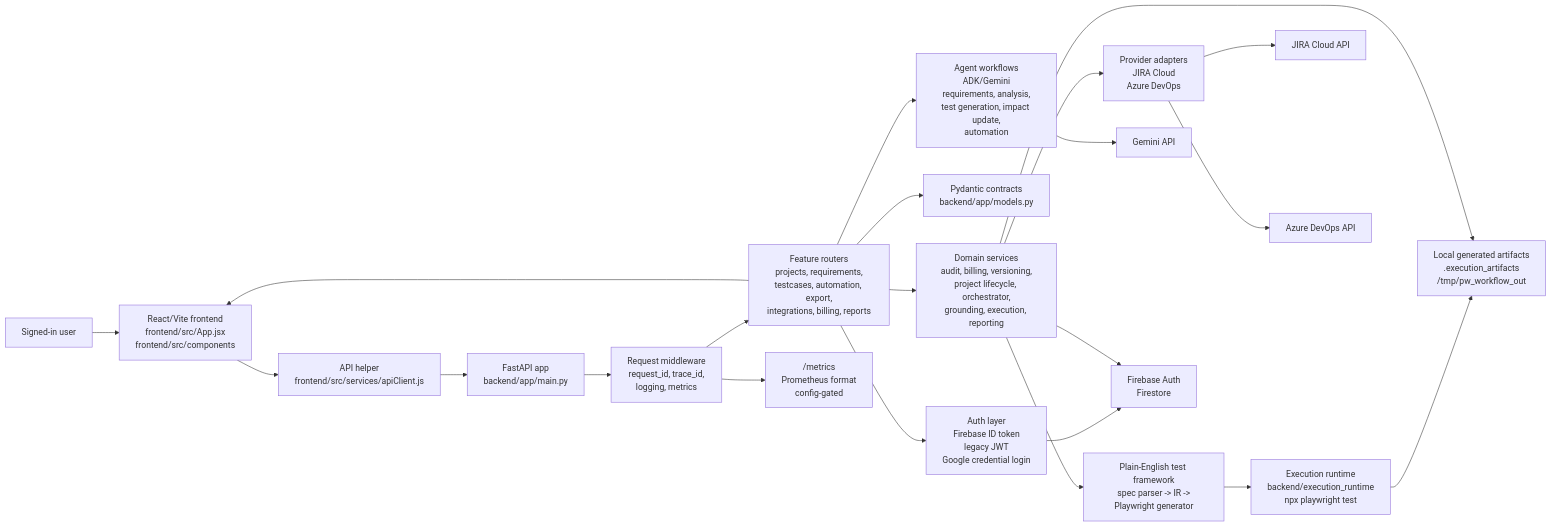
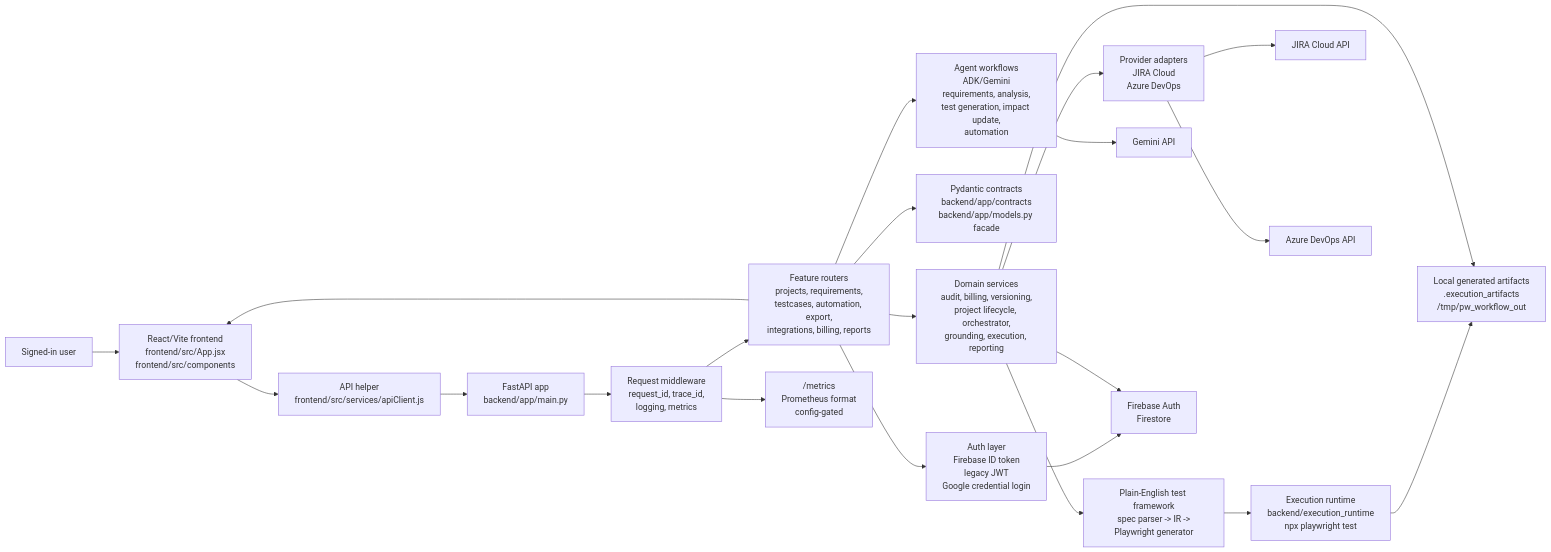
The diagram in docs/codebase/ARCHITECTURE.md (lumensparkxy/agentic_test_case_generator), drawn with Mermaid before and after one commit. The commit also changed other lines of this file and 21 other files, not shown here.

First line of the commit message:
Split Pydantic contracts by domain (#105)

````diff
--- a/docs/codebase/ARCHITECTURE.md
+++ b/docs/codebase/ARCHITECTURE.md
@@ -42,49 +43,49 @@
 ```mermaid
 flowchart LR
     user["Signed-in user"]
     browser["React/Vite frontend\nfrontend/src/App.jsx\nfrontend/src/components"]
     apiClient["API helper\nfrontend/src/services/apiClient.js"]
 
     app["FastAPI app\nbackend/app/main.py"]
     middleware["Request middleware\nrequest_id, trace_id,\nlogging, metrics"]
     routers["Feature routers\nprojects, requirements,\ntestcases, automation, export,\nintegrations, billing, reports"]
     auth["Auth layer\nFirebase ID token\nlegacy JWT\nGoogle credential login"]
-    models["Pydantic contracts\nbackend/app/models.py"]
+    models["Pydantic contracts\nbackend/app/contracts\nbackend/app/models.py facade"]
 
     agents["Agent workflows\nADK/Gemini\nrequirements, analysis,\ntest generation, impact update,\nautomation"]
     services["Domain services\naudit, billing, versioning,\nproject lifecycle, orchestrator,\ngrounding, execution, reporting"]
     adapters["Provider adapters\nJIRA Cloud\nAzure DevOps"]
     petf["Plain-English test framework\nspec parser -> IR ->\nPlaywright generator"]
     runtime["Execution runtime\nbackend/execution_runtime\nnpx playwright test"]
 
     gemini["Gemini API"]
     firebase["Firebase Auth\nFirestore"]
     jira["JIRA Cloud API"]
     ado["Azure DevOps API"]
     artifacts["Local generated artifacts\n.execution_artifacts\n/tmp/pw_workflow_out"]
     metrics["/metrics\nPrometheus format\nconfig-gated"]
 
     user --> browser
     browser --> apiClient
     apiClient --> app
     app --> middleware
     middleware --> routers
     routers --> auth
     routers --> models
     routers --> agents
     routers --> services
     services --> adapters
     services --> petf
     petf --> runtime
 
     agents --> gemini
     auth --> firebase
     services --> firebase
     adapters --> jira
     adapters --> ado
     runtime --> artifacts
     services --> artifacts
     middleware --> metrics
 
     routers --> browser
 ```
````
